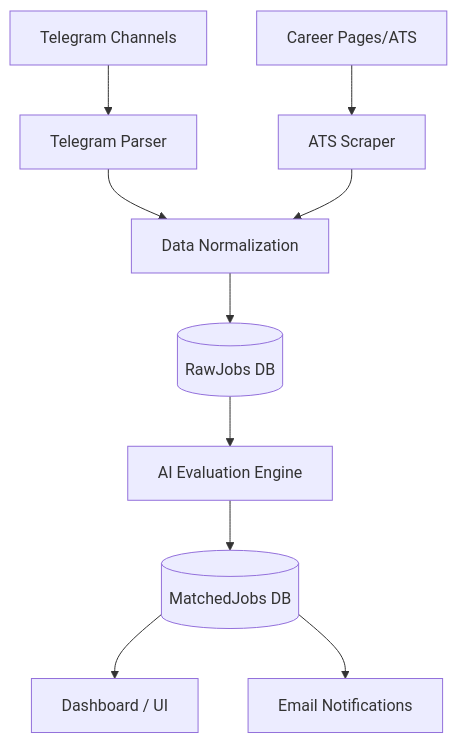
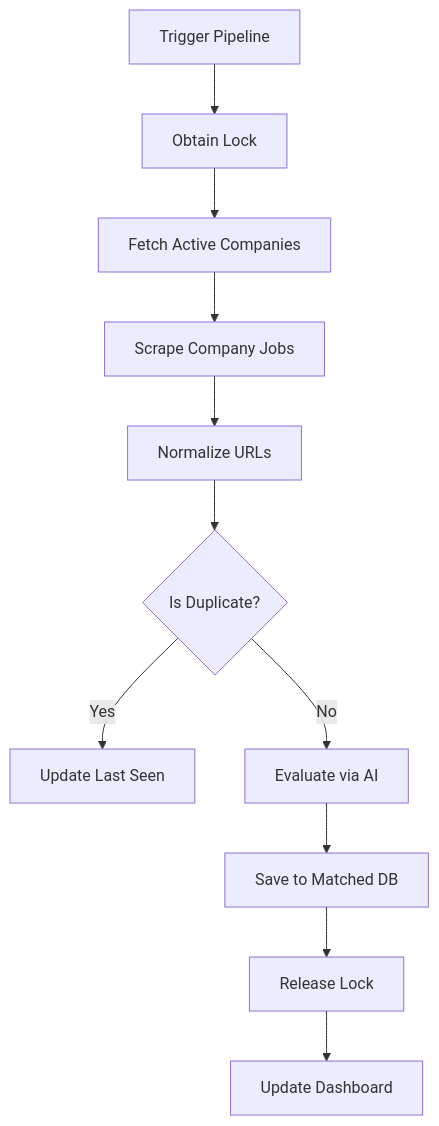
Before and after one commit to vbv0507/jobfinder: the fourth of 6 diagrams in README.md, drawn with Mermaid. The commit also changed other lines of this file, not shown here.

````diff
--- a/README.md
+++ b/README.md
@@ -51,12 +129,13 @@
 ```mermaid
 graph TD
-    Telegram[Telegram Channels] --> Parser[Telegram Parser]
-    Careers[Career Pages/ATS] --> Scraper[ATS Scraper]
-    Parser --> Normalizer[Data Normalization]
-    Scraper --> Normalizer
-    Normalizer --> DB_Raw[(RawJobs DB)]
-    DB_Raw --> AI_Eval[AI Evaluation Engine]
-    AI_Eval --> DB_Match[(MatchedJobs DB)]
-    DB_Match --> UI[Dashboard / UI]
-    DB_Match --> Notification[Email Notifications]
+    A[Trigger Pipeline] --> B[Obtain Lock]
+    B --> C[Fetch Active Companies]
+    C --> D[Scrape Company Jobs]
+    D --> E[Normalize URLs]
+    E --> F{Is Duplicate?}
+    F -- Yes --> G[Update Last Seen]
+    F -- No --> H[Evaluate via AI]
+    H --> I[Save to Matched DB]
+    I --> J[Release Lock]
+    J --> K[Update Dashboard]
 ```
````
